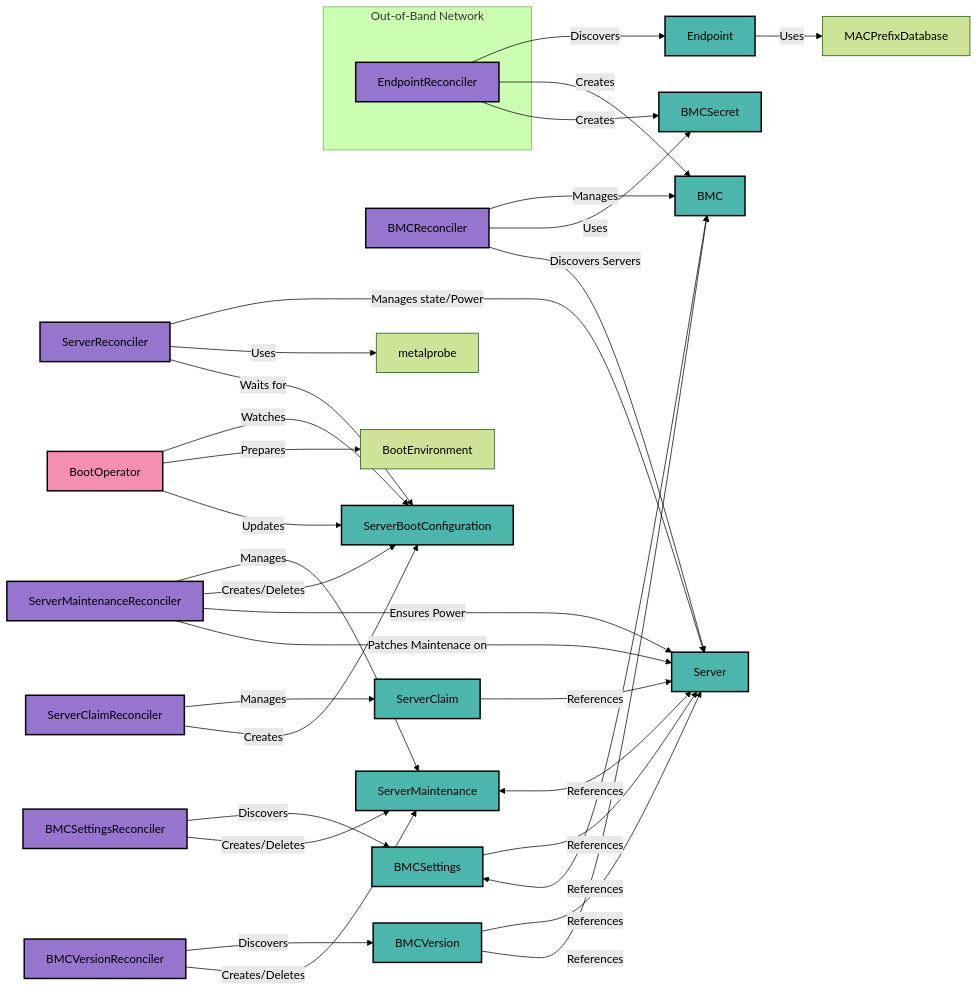
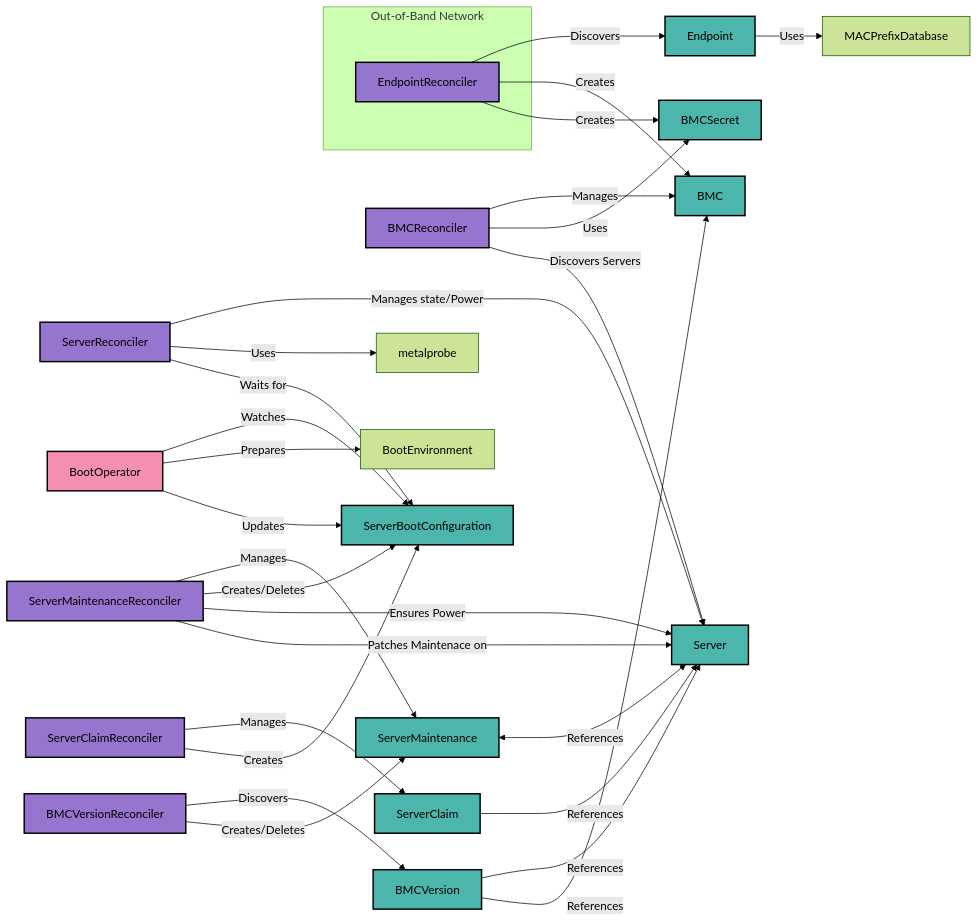
One commit to ironcore-dev/metal-operator changed the diagram in docs/architecture.md. Above: the diagram before and after it, drawn with Mermaid (forest theme). The commit also changed other lines of this file and 59 other files, not shown here.

````diff
--- a/docs/architecture.md
+++ b/docs/architecture.md
@@ -10,50 +10,45 @@
 ```mermaid
 flowchart LR
     subgraph Out-of-Band Network
         EndpointReconciler
     end
     EndpointReconciler -- Discovers --> Endpoint
     Endpoint -- Uses --> MACPrefixDatabase
     EndpointReconciler -- Creates --> BMC & BMCSecret
 
     BMCReconciler -- Manages --> BMC
     BMCReconciler -- Uses --> BMCSecret
     BMCReconciler -- Discovers Servers --> Server
 
     ServerReconciler -- Manages state/Power --> Server
     ServerReconciler -- Uses --> metalprobe
     ServerReconciler -- Waits for --> ServerBootConfiguration
     
     ServerMaintenanceReconciler -- Manages --> ServerMaintenance
     ServerMaintenanceReconciler -- Creates/Deletes --> ServerBootConfiguration
     ServerMaintenanceReconciler -- Ensures Power --> Server
     ServerMaintenanceReconciler -- Patches Maintenace on --> Server
 
     ServerMaintenance -- References <--> Server
 
     ServerClaimReconciler -- Manages --> ServerClaim
     ServerClaim -- References --> Server
     ServerClaimReconciler -- Creates --> ServerBootConfiguration
 
     BootOperator -- Watches --> ServerBootConfiguration
     BootOperator -- Prepares --> BootEnvironment
     BootOperator -- Updates --> ServerBootConfiguration
 
-    BMCSettingsReconciler -- Discovers --> BMCSettings
-    BMCSettingsReconciler -- Creates/Deletes --> ServerMaintenance
-    BMCSettings -- References --> Server
-    BMCSettings -- References <--> BMC
-
     BMCVersionReconciler -- Discovers --> BMCVersion
     BMCVersionReconciler -- Creates/Deletes --> ServerMaintenance
     BMCVersion -- References --> Server
     BMCVersion -- References --> BMC
 
     classDef operator fill:#9575cd, stroke:#000, stroke-width:2px, color:#000;
     classDef crd fill:#4db6ac, stroke:#000, stroke-width:2px, color:#000;
     classDef external fill:#f48fb1, stroke:#000, stroke-width:2px, color:#000;
 
-    class EndpointReconciler,BMCReconciler,ServerReconciler,ServerClaimReconciler,ServerMaintenanceReconciler,BMCSettingsReconciler,BMCVersionReconciler operator;
-    class Endpoint,BMC,BMCSecret,Server,ServerClaim,ServerBootConfiguration,ServerMaintenance,BMCSettings,BMCVersion crd;
+    class EndpointReconciler,BMCReconciler,ServerReconciler,ServerClaimReconciler,ServerMaintenanceReconciler,BMCVersionReconciler operator;
+    class Endpoint,BMC,BMCSecret,Server,ServerClaim,ServerBootConfiguration,ServerMaintenance,BMCVersion crd;
     class BootOperator external;
 ```
````
